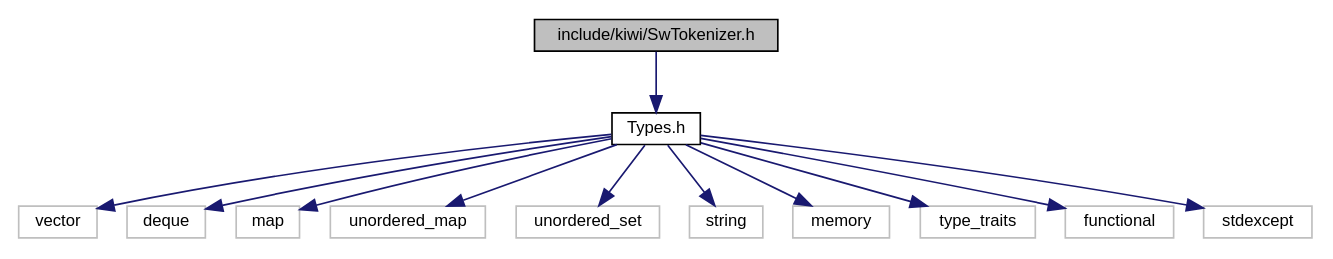
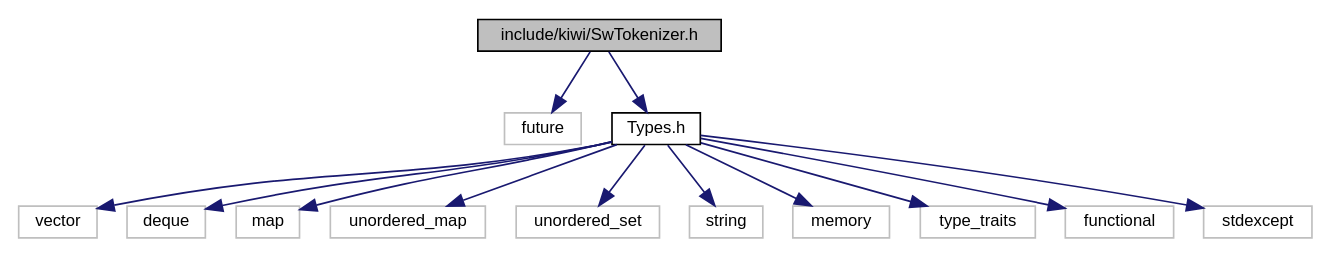
Before and after one commit to bab2min/Kiwi: the diagram in SwTokenizer_8h__incl.dot, drawn with Graphviz. The commit also changed 104 other files, not shown here.

```diff
--- a/SwTokenizer_8h__incl.dot
+++ b/SwTokenizer_8h__incl.dot
@@ -1,29 +1,31 @@
 digraph "include/kiwi/SwTokenizer.h"
 {
  // LATEX_PDF_SIZE
   edge [fontname="Helvetica",fontsize="10",labelfontname="Helvetica",labelfontsize="10"];
   node [fontname="Helvetica",fontsize="10",shape=record];
   Node1 [label="include/kiwi/SwTokenizer.h",height=0.2,width=0.4,color="black", fillcolor="grey75", style="filled", fontcolor="black",tooltip="Subword Tokenizer."];
   Node1 -> Node2 [color="midnightblue",fontsize="10",style="solid",fontname="Helvetica"];
-  Node2 [label="Types.h",height=0.2,width=0.4,color="black", fillcolor="white", style="filled",URL="$Types_8h.html",tooltip="Kiwi C++ API에 쓰이는 주요 타입들을 모아놓은 헤더 파일"];
-  Node2 -> Node3 [color="midnightblue",fontsize="10",style="solid",fontname="Helvetica"];
-  Node3 [label="vector",height=0.2,width=0.4,color="grey75", fillcolor="white", style="filled",tooltip=" "];
-  Node2 -> Node4 [color="midnightblue",fontsize="10",style="solid",fontname="Helvetica"];
-  Node4 [label="deque",height=0.2,width=0.4,color="grey75", fillcolor="white", style="filled",tooltip=" "];
-  Node2 -> Node5 [color="midnightblue",fontsize="10",style="solid",fontname="Helvetica"];
-  Node5 [label="map",height=0.2,width=0.4,color="grey75", fillcolor="white", style="filled",tooltip=" "];
-  Node2 -> Node6 [color="midnightblue",fontsize="10",style="solid",fontname="Helvetica"];
-  Node6 [label="unordered_map",height=0.2,width=0.4,color="grey75", fillcolor="white", style="filled",tooltip=" "];
-  Node2 -> Node7 [color="midnightblue",fontsize="10",style="solid",fontname="Helvetica"];
-  Node7 [label="unordered_set",height=0.2,width=0.4,color="grey75", fillcolor="white", style="filled",tooltip=" "];
-  Node2 -> Node8 [color="midnightblue",fontsize="10",style="solid",fontname="Helvetica"];
-  Node8 [label="string",height=0.2,width=0.4,color="grey75", fillcolor="white", style="filled",tooltip=" "];
-  Node2 -> Node9 [color="midnightblue",fontsize="10",style="solid",fontname="Helvetica"];
-  Node9 [label="memory",height=0.2,width=0.4,color="grey75", fillcolor="white", style="filled",tooltip=" "];
-  Node2 -> Node10 [color="midnightblue",fontsize="10",style="solid",fontname="Helvetica"];
-  Node10 [label="type_traits",height=0.2,width=0.4,color="grey75", fillcolor="white", style="filled",tooltip=" "];
-  Node2 -> Node11 [color="midnightblue",fontsize="10",style="solid",fontname="Helvetica"];
-  Node11 [label="functional",height=0.2,width=0.4,color="grey75", fillcolor="white", style="filled",tooltip=" "];
-  Node2 -> Node12 [color="midnightblue",fontsize="10",style="solid",fontname="Helvetica"];
-  Node12 [label="stdexcept",height=0.2,width=0.4,color="grey75", fillcolor="white", style="filled",tooltip=" "];
+  Node2 [label="future",height=0.2,width=0.4,color="grey75", fillcolor="white", style="filled",tooltip=" "];
+  Node1 -> Node3 [color="midnightblue",fontsize="10",style="solid",fontname="Helvetica"];
+  Node3 [label="Types.h",height=0.2,width=0.4,color="black", fillcolor="white", style="filled",URL="$Types_8h.html",tooltip="Kiwi C++ API에 쓰이는 주요 타입들을 모아놓은 헤더 파일"];
+  Node3 -> Node4 [color="midnightblue",fontsize="10",style="solid",fontname="Helvetica"];
+  Node4 [label="vector",height=0.2,width=0.4,color="grey75", fillcolor="white", style="filled",tooltip=" "];
+  Node3 -> Node5 [color="midnightblue",fontsize="10",style="solid",fontname="Helvetica"];
+  Node5 [label="deque",height=0.2,width=0.4,color="grey75", fillcolor="white", style="filled",tooltip=" "];
+  Node3 -> Node6 [color="midnightblue",fontsize="10",style="solid",fontname="Helvetica"];
+  Node6 [label="map",height=0.2,width=0.4,color="grey75", fillcolor="white", style="filled",tooltip=" "];
+  Node3 -> Node7 [color="midnightblue",fontsize="10",style="solid",fontname="Helvetica"];
+  Node7 [label="unordered_map",height=0.2,width=0.4,color="grey75", fillcolor="white", style="filled",tooltip=" "];
+  Node3 -> Node8 [color="midnightblue",fontsize="10",style="solid",fontname="Helvetica"];
+  Node8 [label="unordered_set",height=0.2,width=0.4,color="grey75", fillcolor="white", style="filled",tooltip=" "];
+  Node3 -> Node9 [color="midnightblue",fontsize="10",style="solid",fontname="Helvetica"];
+  Node9 [label="string",height=0.2,width=0.4,color="grey75", fillcolor="white", style="filled",tooltip=" "];
+  Node3 -> Node10 [color="midnightblue",fontsize="10",style="solid",fontname="Helvetica"];
+  Node10 [label="memory",height=0.2,width=0.4,color="grey75", fillcolor="white", style="filled",tooltip=" "];
+  Node3 -> Node11 [color="midnightblue",fontsize="10",style="solid",fontname="Helvetica"];
+  Node11 [label="type_traits",height=0.2,width=0.4,color="grey75", fillcolor="white", style="filled",tooltip=" "];
+  Node3 -> Node12 [color="midnightblue",fontsize="10",style="solid",fontname="Helvetica"];
+  Node12 [label="functional",height=0.2,width=0.4,color="grey75", fillcolor="white", style="filled",tooltip=" "];
+  Node3 -> Node13 [color="midnightblue",fontsize="10",style="solid",fontname="Helvetica"];
+  Node13 [label="stdexcept",height=0.2,width=0.4,color="grey75", fillcolor="white", style="filled",tooltip=" "];
 }
```
